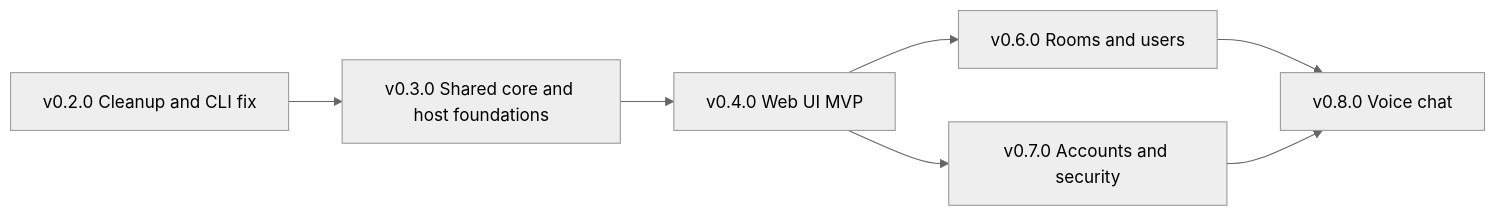
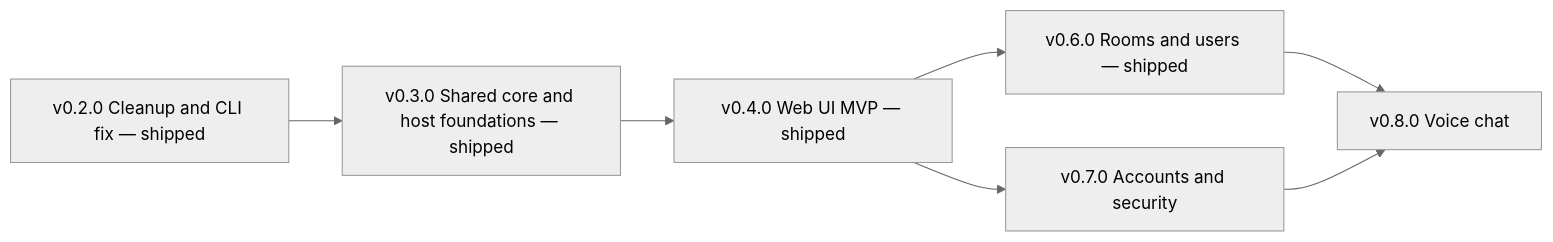
One commit to ahyibrahim/hermes-be changed the diagram in docs/ROADMAP.md. Above: the diagram before and after it, drawn with Mermaid (neutral theme). The commit also changed other lines of this file and 12 other files, not shown here.

````diff
--- a/docs/ROADMAP.md
+++ b/docs/ROADMAP.md
@@ -95,9 +96,9 @@
 ```mermaid
 graph LR
-  v02[v0.2.0 Cleanup and CLI fix] --> v03[v0.3.0 Shared core and host foundations]
-  v03 --> v04[v0.4.0 Web UI MVP]
-  v04 --> v06[v0.6.0 Rooms and users]
+  v02[v0.2.0 Cleanup and CLI fix — shipped] --> v03[v0.3.0 Shared core and host foundations — shipped]
+  v03 --> v04[v0.4.0 Web UI MVP — shipped]
+  v04 --> v06[v0.6.0 Rooms and users — shipped]
   v04 --> v07[v0.7.0 Accounts and security]
   v06 --> v08[v0.8.0 Voice chat]
   v07 --> v08
 ```
````
